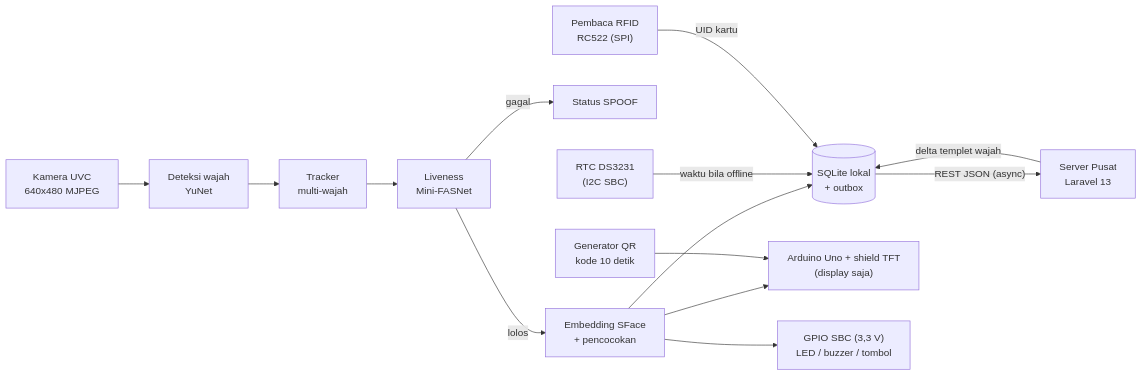
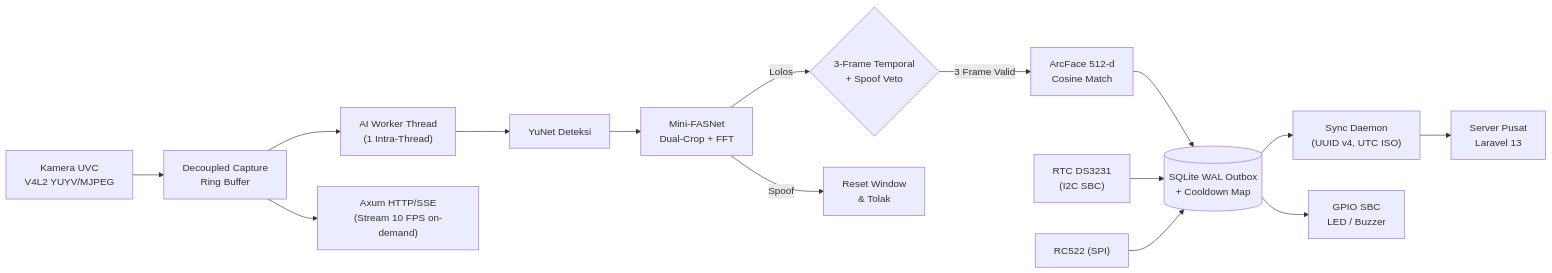
One commit to Cihaimasuiro/absensi-cam changed the first of 2 diagrams in PRD.md. Above: the diagram before and after it, drawn with Mermaid. The commit also changed other lines of this file and 5 other files, not shown here.

````diff
--- a/PRD.md
+++ b/PRD.md
@@ -82,16 +82,17 @@
 ```mermaid
 flowchart LR
-    CAM["Kamera UVC<br/>640x480 MJPEG"] --> DET["Deteksi wajah<br/>YuNet"]
-    DET --> TRK["Tracker<br/>multi-wajah"]
-    TRK --> LIV["Liveness<br/>Mini-FASNet"]
-    LIV -->|lolos| REC["Embedding SFace<br/>+ pencocokan"]
-    LIV -->|gagal| FAIL["Status SPOOF"]
-    REC --> DB[("SQLite lokal<br/>+ outbox")]
-    REC --> ARD["Arduino Uno + shield TFT<br/>(display saja)"]
-    REC --> GP["GPIO SBC (3,3 V)<br/>LED / buzzer / tombol"]
-    RTCM["RTC DS3231<br/>(I2C SBC)"] -->|"waktu bila offline"| DB
-    RFID["Pembaca RFID<br/>RC522 (SPI)"] -->|"UID kartu"| DB
-    QRG["Generator QR<br/>kode 10 detik"] --> ARD
-    DB -->|"REST JSON (async)"| SRV["Server Pusat<br/>Laravel 13"]
-    SRV -->|"delta templet wajah"| DB
+    CAM["Kamera UVC<br/>V4L2 YUYV/MJPEG"] --> CAP["Decoupled Capture<br/>Ring Buffer"]
+    CAP --> AI["AI Worker Thread<br/>(1 Intra-Thread)"]
+    AI --> DET["YuNet Deteksi"]
+    DET --> LIV["Mini-FASNet<br/>Dual-Crop + FFT"]
+    LIV -->|Lolos| VETO{"3-Frame Temporal<br/>+ Spoof Veto"}
+    LIV -->|Spoof| FAIL["Reset Window<br/>& Tolak"]
+    VETO -->|3 Frame Valid| REC["ArcFace 512-d<br/>Cosine Match"]
+    REC --> DB[("SQLite WAL Outbox<br/>+ Cooldown Map")]
+    DB --> SYNC["Sync Daemon<br/>(UUID v4, UTC ISO)"]
+    SYNC --> SRV["Server Pusat<br/>Laravel 13"]
+    CAP --> AXUM["Axum HTTP/SSE<br/>(Stream 10 FPS on-demand)"]
+    DB --> GP["GPIO SBC<br/>LED / Buzzer"]
+    RTCM["RTC DS3231<br/>(I2C SBC)"] --> DB
+    RFID["RC522 (SPI)"] --> DB
 ```
````
